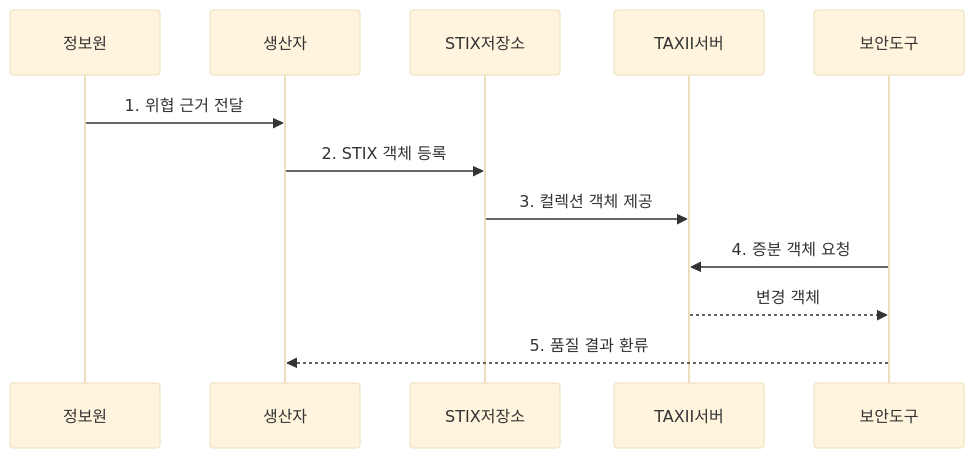
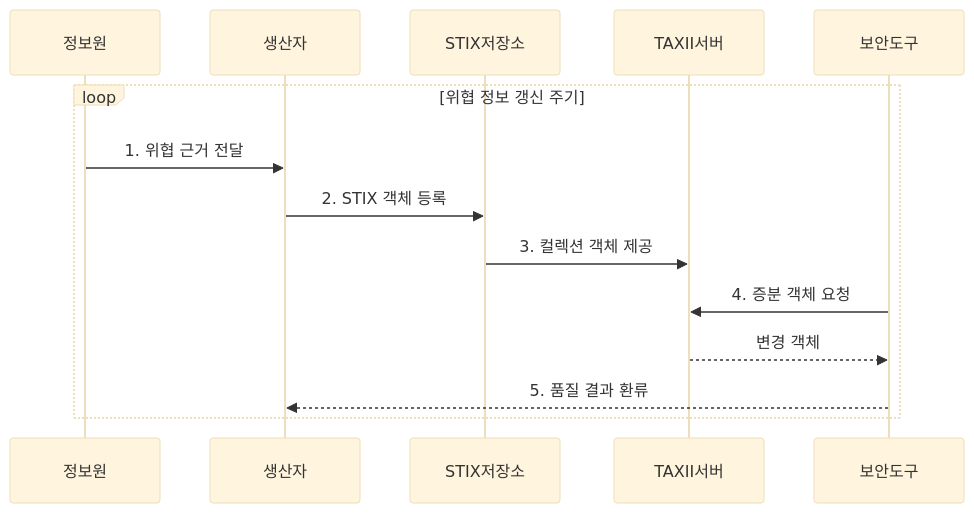
Before and after one commit to agnusdei1207/knowledge-base: the second of 2 diagrams in src/content/docs/notes/04-network/096_threat_intelligence_stix_taxii.md, drawn with Mermaid (base theme). The commit also changed other lines of this file and 20 other files, not shown here.

````diff
--- a/src/content/docs/notes/04-network/096_threat_intelligence_stix_taxii.md
+++ b/src/content/docs/notes/04-network/096_threat_intelligence_stix_taxii.md
@@ -102,14 +102,16 @@
 ```mermaid
 sequenceDiagram
     participant 정보원
     participant 생산자
     participant STIX저장소
     participant TAXII서버
     participant 보안도구
-    정보원->>생산자: 1. 위협 근거 전달
-    생산자->>STIX저장소: 2. STIX 객체 등록
-    STIX저장소->>TAXII서버: 3. 컬렉션 객체 제공
-    보안도구->>TAXII서버: 4. 증분 객체 요청
-    TAXII서버-->>보안도구: 변경 객체
-    보안도구-->>생산자: 5. 품질 결과 환류
+    loop 위협 정보 갱신 주기
+        정보원->>생산자: 1. 위협 근거 전달
+        생산자->>STIX저장소: 2. STIX 객체 등록
+        STIX저장소->>TAXII서버: 3. 컬렉션 객체 제공
+        보안도구->>TAXII서버: 4. 증분 객체 요청
+        TAXII서버-->>보안도구: 변경 객체
+        보안도구-->>생산자: 5. 품질 결과 환류
+    end
 ```
````
